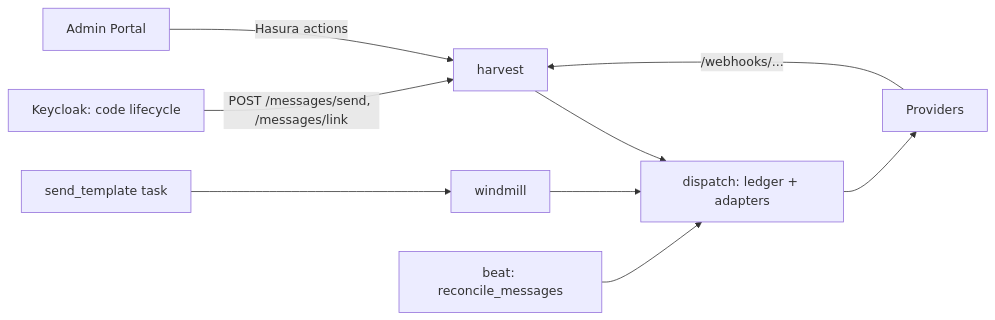
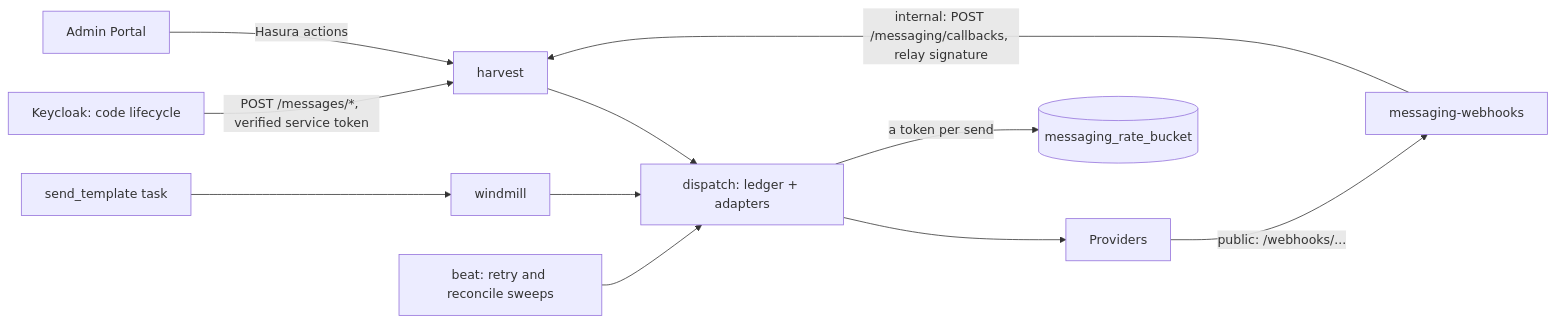
Before and after one commit to sequentech/step: the diagram in docs/docusaurus/docs/07-developers/14-messaging/01-messaging-architecture.md, drawn with Mermaid. The commit also changed other lines of this file and 39 other files, not shown here.

````diff
--- a/docs/docusaurus/docs/07-developers/14-messaging/01-messaging-architecture.md
+++ b/docs/docusaurus/docs/07-developers/14-messaging/01-messaging-architecture.md
@@ -17,11 +19,13 @@
 ```mermaid
 flowchart LR
-  K[Keycloak: code lifecycle] -->|POST /messages/send, /messages/link| H[harvest]
+  K[Keycloak: code lifecycle] -->|POST /messages/*, verified service token| H[harvest]
   A[Admin Portal] -->|Hasura actions| H
   S[send_template task] --> W[windmill]
   H --> D[dispatch: ledger + adapters]
   W --> D
   D --> P[Providers]
-  P -->|/webhooks/...| H
-  B[beat: reconcile_messages] --> D
+  P -->|public: /webhooks/...| C[messaging-webhooks]
+  C -->|internal: POST /messaging/callbacks, relay signature| H
+  B[beat: retry and reconcile sweeps] --> D
+  D -->|a token per send| R[(messaging_rate_bucket)]
 ```
````
